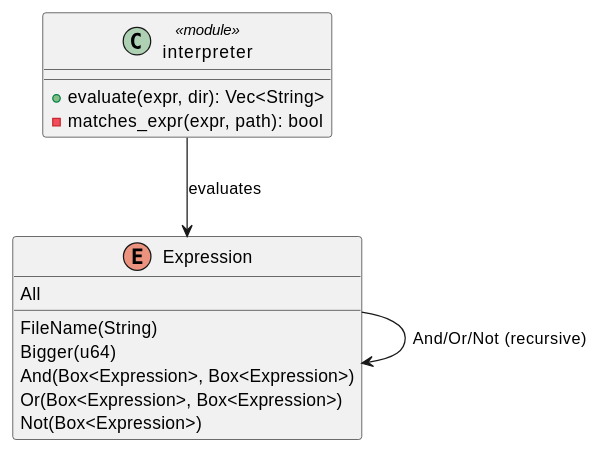
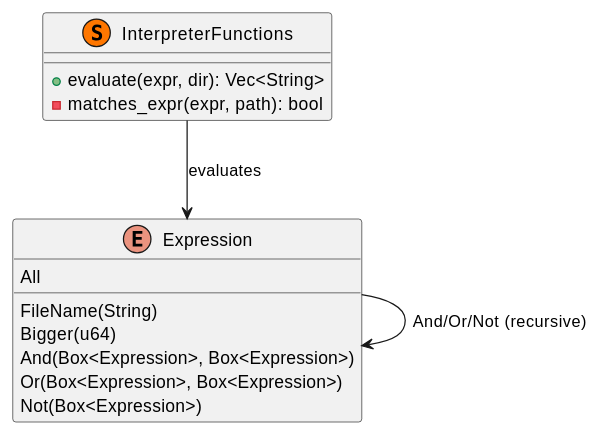
Before and after one commit to k2works/getting-started-design-pattern: the diagram in docs/article/rust/16-interpreter.md, drawn with PlantUML. The commit also changed other lines of this file and 8 other files, not shown here.

````diff
--- a/docs/article/rust/16-interpreter.md
+++ b/docs/article/rust/16-interpreter.md
@@ -9,20 +9,20 @@
 ```plantuml
 @startuml
 enum Expression {
   All
   FileName(String)
   Bigger(u64)
   And(Box<Expression>, Box<Expression>)
   Or(Box<Expression>, Box<Expression>)
   Not(Box<Expression>)
 }
 
-class interpreter <<module>> {
+class InterpreterFunctions <<(S,#FF7700)>> {
   +evaluate(expr, dir): Vec<String>
   -matches_expr(expr, path): bool
 }
 
 Expression --> Expression : And/Or/Not (recursive)
-interpreter --> Expression : evaluates
+InterpreterFunctions --> Expression : evaluates
 @enduml
 ```
````
